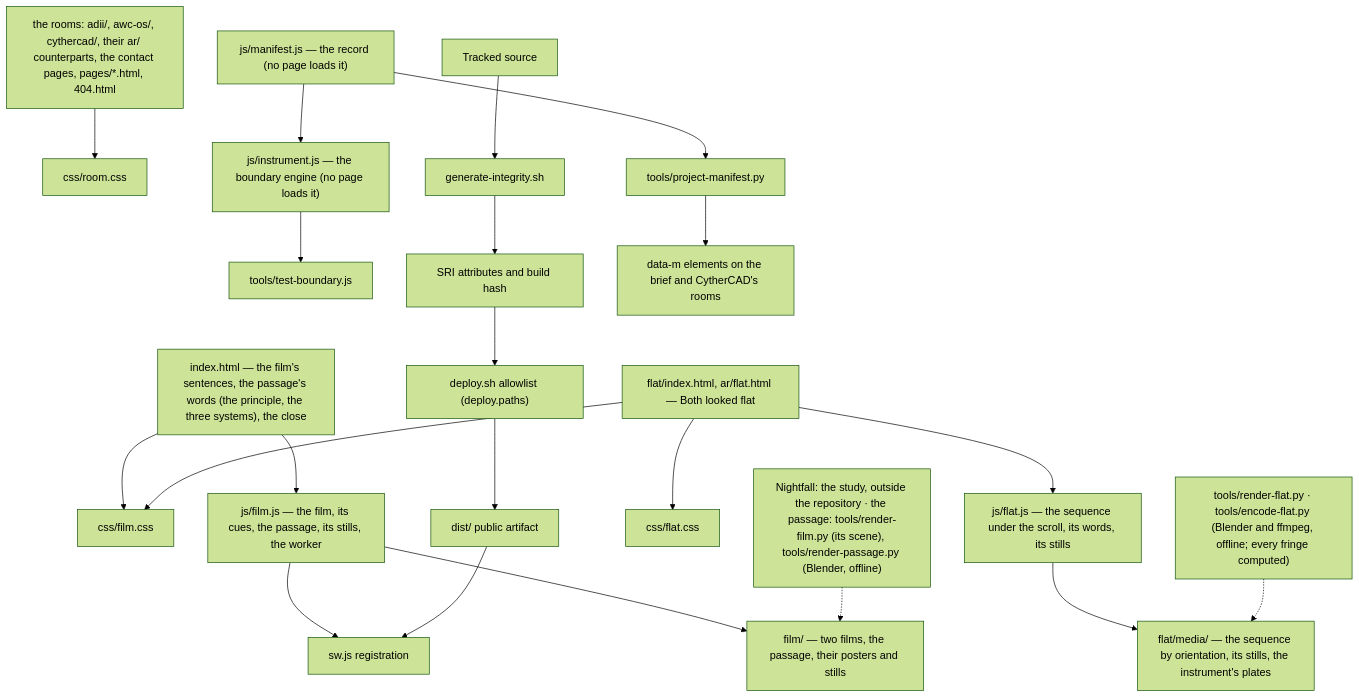
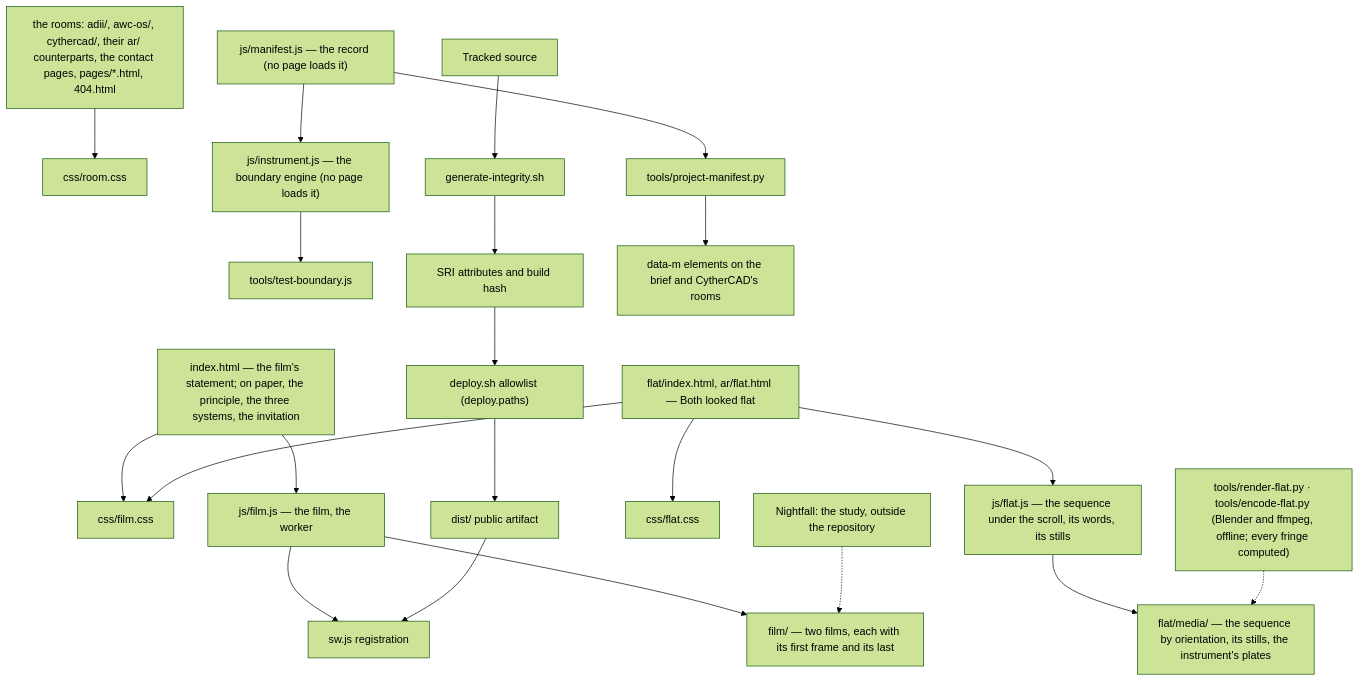
One commit to AethersDev/CytherAI changed the diagram in docs/architecture.md. Above: the diagram before and after it, drawn with Mermaid (forest theme). The commit also changed other lines of this file and 63 other files, not shown here.

Commit message:
release: one film, then one page on paper (build A5959C81CF4FA717)

````diff
--- a/docs/architecture.md
+++ b/docs/architecture.md
@@ -23,27 +22,27 @@
 ```mermaid
 flowchart TD
-  I["index.html — the film's sentences, the passage's words (the principle, the three systems), the close"] --> CSS2["css/film.css"]
-  I --> F["js/film.js — the film, its cues, the passage, its stills, the worker"]
-  F --> MED["film/ — two films, the passage, their posters and stills"]
+  I["index.html — the film's statement; on paper, the principle, the three systems, the invitation"] --> CSS2["css/film.css"]
+  I --> F["js/film.js — the film, the worker"]
+  F --> MED["film/ — two films, each with its first frame and its last"]
   F --> SW["sw.js registration"]
-  RF["Nightfall: the study, outside the repository · the passage: tools/render-film.py (its scene), tools/render-passage.py (Blender, offline)"] -.-> MED
+  RF["Nightfall: the study, outside the repository"] -.-> MED
 
   RM["the rooms: adii/, awc-os/, cythercad/, their ar/ counterparts, the contact pages, pages/*.html, 404.html"] --> ROOM["css/room.css"]
 
   FN["flat/index.html, ar/flat.html — Both looked flat"] --> CSS2
   FN --> ECSS["css/flat.css"]
   FN --> EJS["js/flat.js — the sequence under the scroll, its words, its stills"]
   EJS --> EMED["flat/media/ — the sequence by orientation, its stills, the instrument's plates"]
   RE["tools/render-flat.py · tools/encode-flat.py (Blender and ffmpeg, offline; every fringe computed)"] -.-> EMED
 
   M["js/manifest.js — the record (no page loads it)"] --> B["js/instrument.js — the boundary engine (no page loads it)"]
   B --> TB["tools/test-boundary.js"]
 
   SRC["Tracked source"] --> SRI["generate-integrity.sh"]
   SRI --> ID["SRI attributes and build hash"]
   ID --> DEP["deploy.sh allowlist (deploy.paths)"]
   DEP --> DIST["dist/ public artifact"]
   DIST --> SW
 
   M --> PM["tools/project-manifest.py"] --> DM["data-m elements on the brief and CytherCAD's rooms"]
 ```
````
